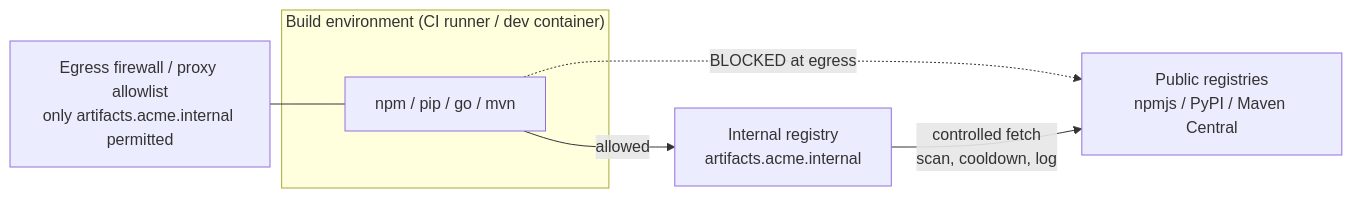
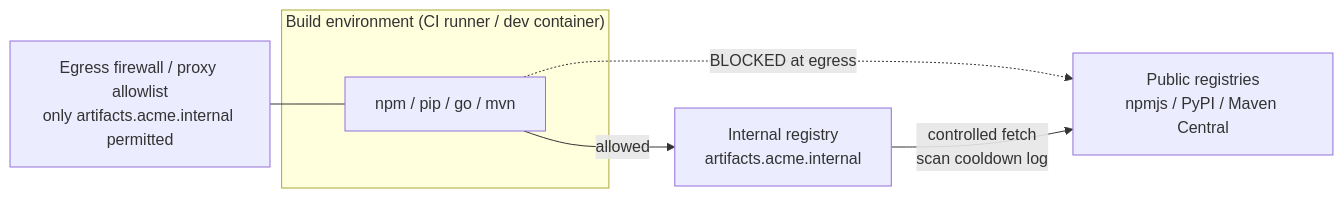
The fourth of 6 diagrams in book-02-dependencies/ch08-vendoring-internal-registries.md (bumbsclaw/textbooks), drawn with Mermaid before and after one commit. The commit also changed other lines of this file and 173 other files, not shown here.

First line of the commit message:
fix(mermaid): close note brackets, semicolons in Notes, stateDiagram br -> dash, edge parens

````diff
--- a/book-02-dependencies/ch08-vendoring-internal-registries.md
+++ b/book-02-dependencies/ch08-vendoring-internal-registries.md
@@ -478,10 +478,10 @@
 ```mermaid
 flowchart LR
   subgraph BUILD["Build environment (CI runner / dev container)"]
     C["npm / pip / go / mvn"]
   end
   C -->|"allowed"| REG["Internal registry<br/>artifacts.acme.internal"]
   C -.->|"BLOCKED at egress"| PUB["Public registries<br/>npmjs / PyPI / Maven Central"]
-  REG -->|"controlled fetch<br/>scan, cooldown, log"| PUB
+  REG -->|"controlled fetch<br >scan cooldown log"| PUB
   EGRESS["Egress firewall / proxy allowlist<br/>only artifacts.acme.internal permitted"] --- C
 ```
````
